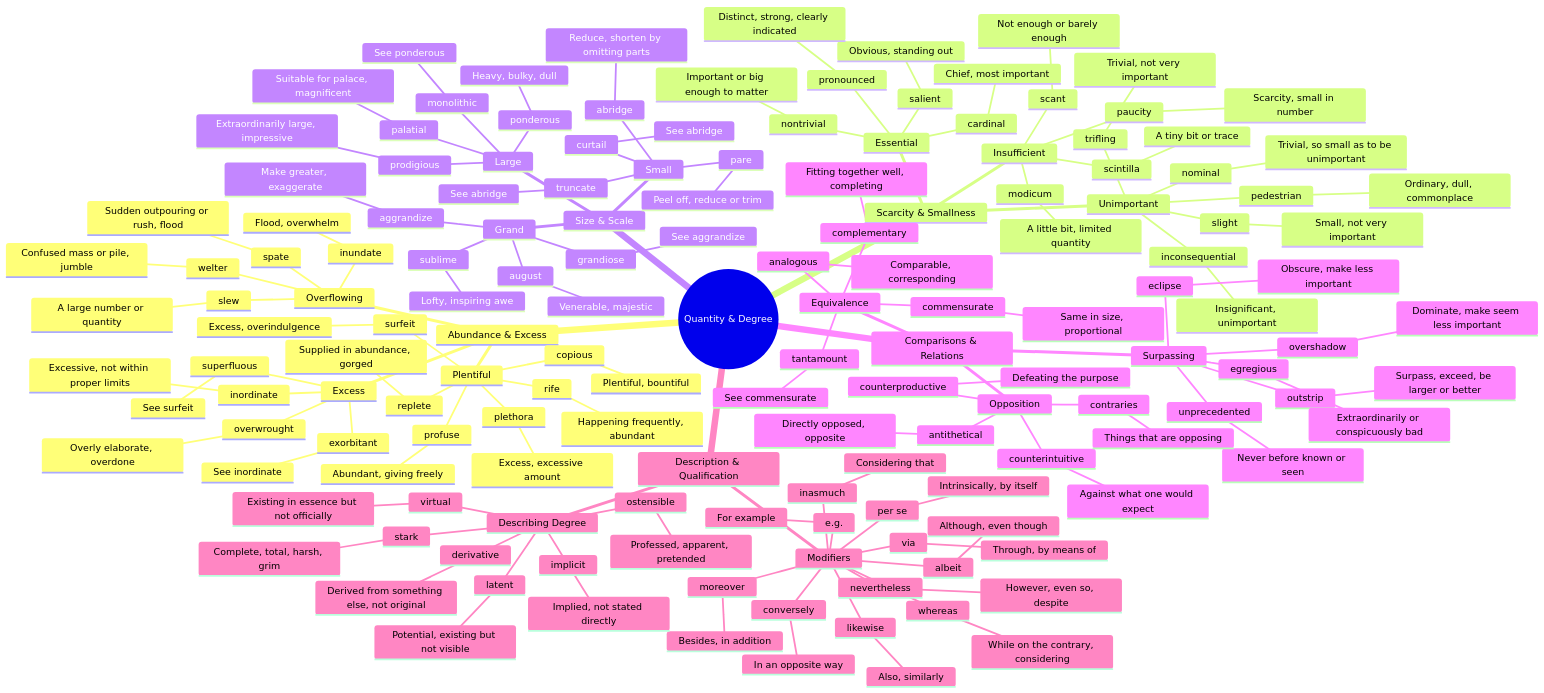
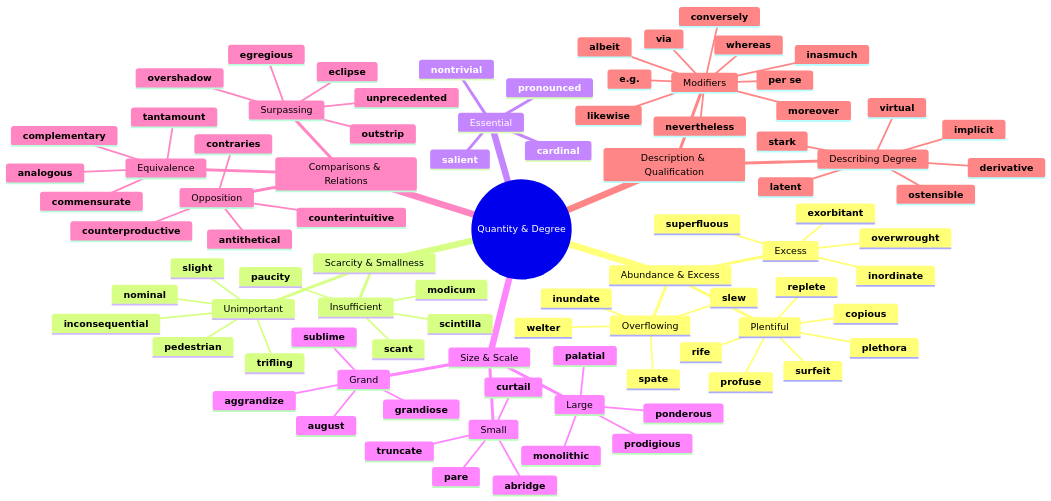
One commit to 95anantsingh/gre-preparation changed the first of 7 diagrams in mindmaps/18-quantity-size-and-degree.md. Above: the diagram before and after it, drawn with Mermaid. The commit also changed other lines of this file and 20 other files, not shown here.

````diff
--- a/mindmaps/18-quantity-size-and-degree.md
+++ b/mindmaps/18-quantity-size-and-degree.md
@@ -9,157 +7,89 @@
   root((Quantity & Degree))
     Abundance & Excess
       Plentiful
-        copious
-          Plentiful, bountiful
-        replete
-          Supplied in abundance, gorged
-        plethora
-          Excess, excessive amount
-        surfeit
-          Excess, overindulgence
-        profuse
-          Abundant, giving freely
-        rife
-          Happening frequently, abundant
+        **copious**
+        **replete**
+        **plethora**
+        **surfeit**
+        **profuse**
+        **rife**
       Excess
-        inordinate
-          Excessive, not within proper limits
-        exorbitant
-          See inordinate
-        superfluous
-          See surfeit
-        overwrought
-          Overly elaborate, overdone
+        **inordinate**
+        **exorbitant**
+        **superfluous**
+        **overwrought**
       Overflowing
-        inundate
-          Flood, overwhelm
-        spate
-          Sudden outpouring or rush, flood
-        slew
-          A large number or quantity
-        welter
-          Confused mass or pile, jumble
+        **inundate**
+        **spate**
+        **slew**
+        **welter**
     Scarcity & Smallness
       Insufficient
-        scant
-          Not enough or barely enough
-        paucity
-          Scarcity, small in number
-        modicum
-          A little bit, limited quantity
-        scintilla
-          A tiny bit or trace
+        **scant**
+        **paucity**
+        **modicum**
+        **scintilla**
       Unimportant
-        nominal
-          Trivial, so small as to be unimportant
-        trifling
-          Trivial, not very important
-        slight
-          Small, not very important
-        inconsequential
-          Insignificant, unimportant
-        pedestrian
-          Ordinary, dull, commonplace
-      Essential
-        nontrivial
-          Important or big enough to matter
-        cardinal
-          Chief, most important
-        salient
-          Obvious, standing out
-        pronounced
-          Distinct, strong, clearly indicated
+        **nominal**
+        **trifling**
+        **slight**
+        **inconsequential**
+        **pedestrian**
+    Essential
+      **nontrivial**
+      **cardinal**
+      **salient**
+      **pronounced**
     Size & Scale
       Large
-        prodigious
-          Extraordinarily large, impressive
-        palatial
-          Suitable for palace, magnificent
-        ponderous
-          Heavy, bulky, dull
-        monolithic
-          See ponderous
+        **prodigious**
+        **palatial**
+        **ponderous**
+        **monolithic**
       Grand
-        grandiose
-          See aggrandize
-        aggrandize
-          Make greater, exaggerate
-        sublime
-          Lofty, inspiring awe
-        august
-          Venerable, majestic
+        **grandiose**
+        **aggrandize**
+        **sublime**
+        **august**
       Small
-        abridge
-          Reduce, shorten by omitting parts
-        pare
-          Peel off, reduce or trim
-        curtail
-          See abridge
-        truncate
-          See abridge
+        **abridge**
+        **pare**
+        **curtail**
+        **truncate**
     Comparisons & Relations
       Equivalence
-        commensurate
-          Same in size, proportional
-        complementary
-          Fitting together well, completing
-        analogous
-          Comparable, corresponding
-        tantamount
-          See commensurate
+        **commensurate**
+        **complementary**
+        **analogous**
+        **tantamount**
       Surpassing
-        outstrip
-          Surpass, exceed, be larger or better
-        eclipse
-          Obscure, make less important
-        overshadow
-          Dominate, make seem less important
-        unprecedented
-          Never before known or seen
-        egregious
-          Extraordinarily or conspicuously bad
+        **outstrip**
+        **eclipse**
+        **overshadow**
+        **unprecedented**
+        **egregious**
       Opposition
-        counterintuitive
-          Against what one would expect
-        counterproductive
-          Defeating the purpose
-        antithetical
-          Directly opposed, opposite
-        contraries
-          Things that are opposing
+        **counterintuitive**
+        **counterproductive**
+        **antithetical**
+        **contraries**
     Description & Qualification
       Modifiers
-        albeit
-          Although, even though
-        whereas
-          While on the contrary, considering
-        nevertheless
-          However, even so, despite
-        moreover
-          Besides, in addition
-        likewise
-          Also, similarly
-        inasmuch
-          Considering that
-        conversely
-          In an opposite way
-        per se
-          Intrinsically, by itself
-        e.g.
-          For example
-        via
-          Through, by means of
+        **albeit**
+        **whereas**
+        **nevertheless**
+        **moreover**
+        **likewise**
+        **inasmuch**
+        **conversely**
+        **per se**
+        **e.g.**
+        **via**
       Describing Degree
-        stark
-          Complete, total, harsh, grim
-        latent
-          Potential, existing but not visible
-        ostensible
-          Professed, apparent, pretended
-        implicit
-          Implied, not stated directly
-        virtual
-          Existing in essence but not officially
-        derivative
-          Derived from something else, not original
+        **stark**
+        **latent**
+        **ostensible**
+        **implicit**
+        **virtual**
+        **derivative**
 ```
````
